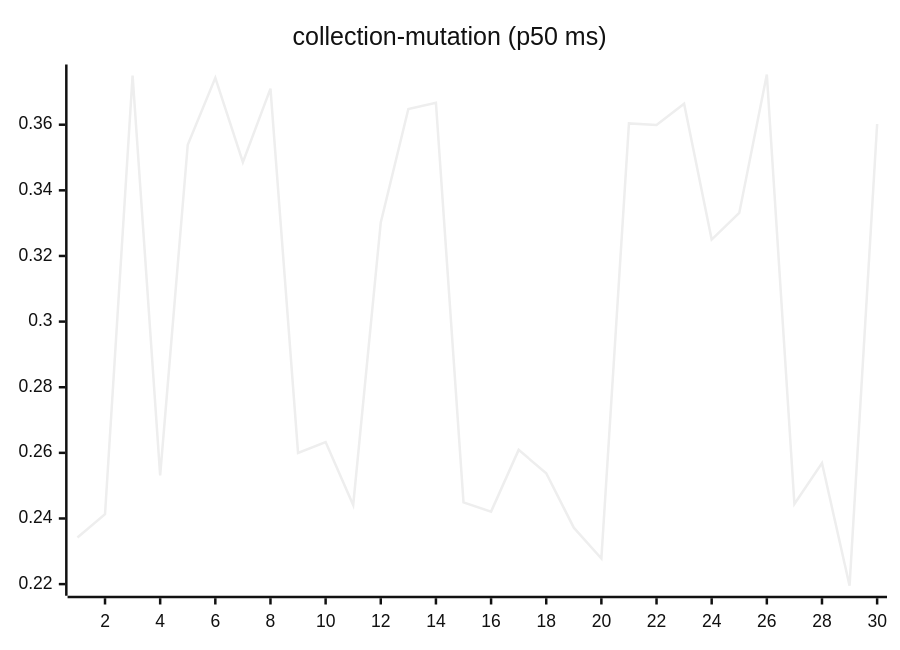
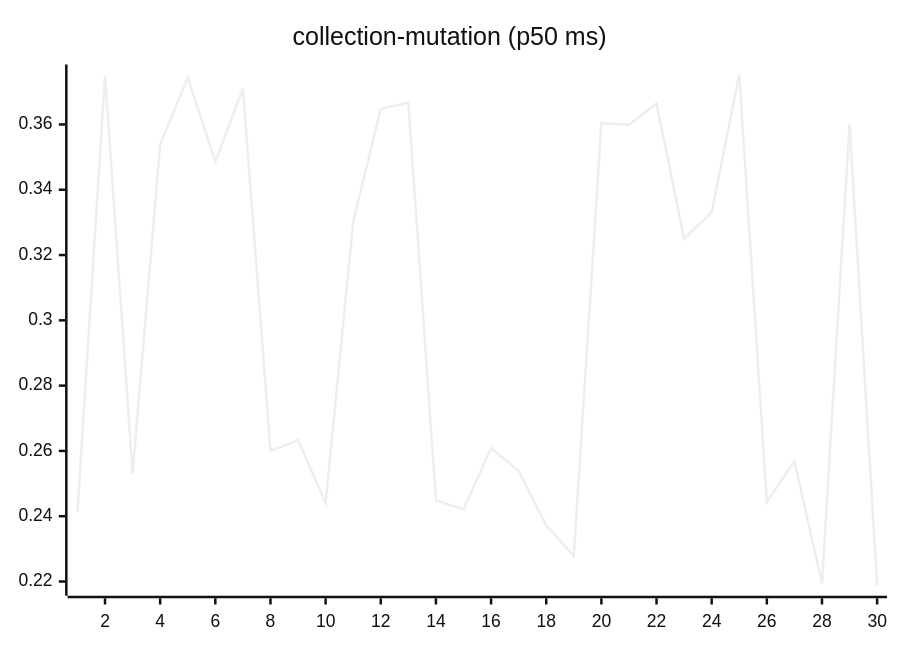
The sixth of 27 diagrams in README.md (josha/Facet), drawn with Mermaid (neutral theme) before and after one commit. The commit also changed other lines of this file and 2 other files, not shown here.

````diff
--- a/README.md
+++ b/README.md
@@ -98,6 +98,6 @@
 ```mermaid
 xychart-beta
     title "collection-mutation (p50 ms)"
     x-axis 1 --> 30
-    line [0.2342, 0.2413, 0.3750, 0.2531, 0.3539, 0.3743, 0.3486, 0.3710, 0.2600, 0.2633, 0.2441, 0.3302, 0.3648, 0.3667, 0.2449, 0.2421, 0.2609, 0.2538, 0.2372, 0.2278, 0.3604, 0.3599, 0.3664, 0.3250, 0.3331, 0.3753, 0.2444, 0.2569, 0.2195, 0.3602]
+    line [0.2413, 0.3750, 0.2531, 0.3539, 0.3743, 0.3486, 0.3710, 0.2600, 0.2633, 0.2441, 0.3302, 0.3648, 0.3667, 0.2449, 0.2421, 0.2609, 0.2538, 0.2372, 0.2278, 0.3604, 0.3599, 0.3664, 0.3250, 0.3331, 0.3753, 0.2444, 0.2569, 0.2195, 0.3602, 0.2187]
 ```
````
